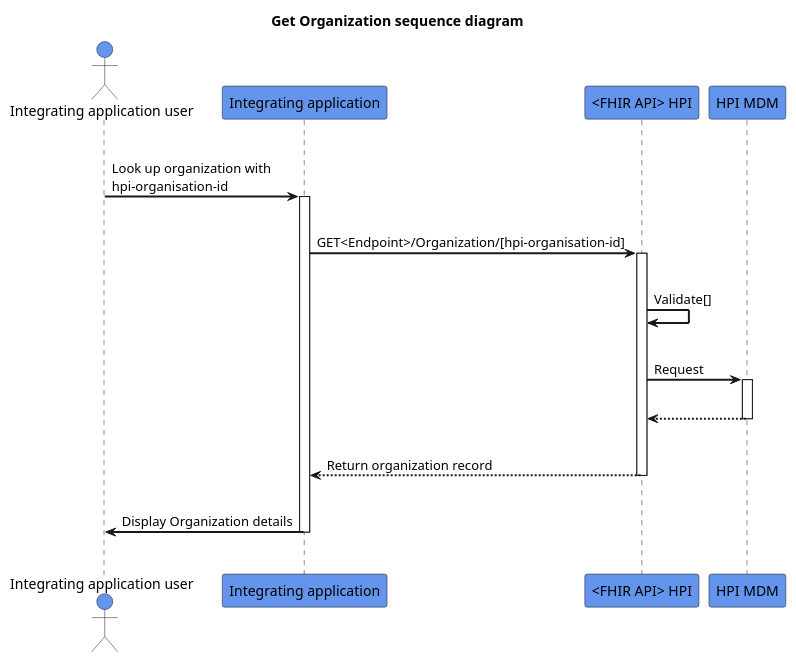
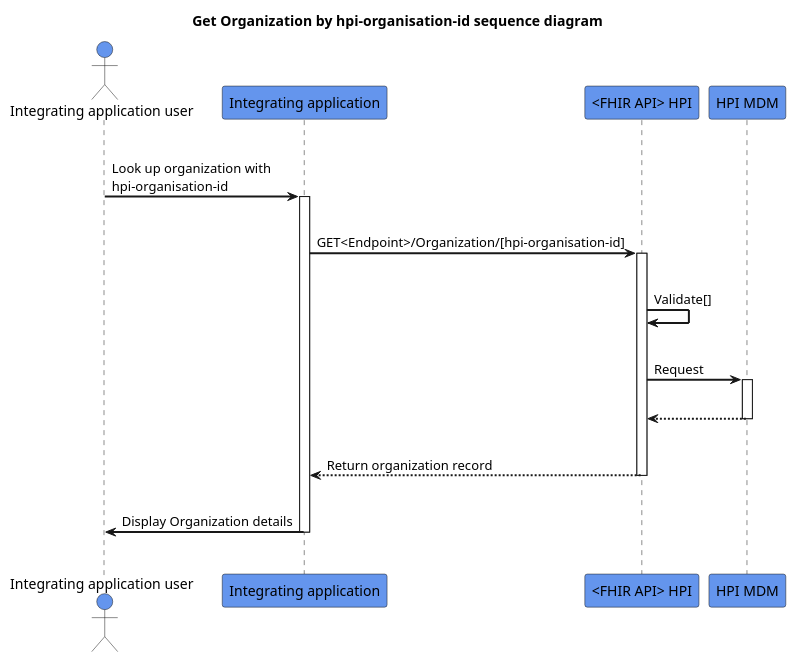
The diagram in input/images-source/get-organisation.plantuml (HL7NZ/hpi), drawn with PlantUML before and after one commit.

```diff
--- a/input/images-source/get-organisation.plantuml
+++ b/input/images-source/get-organisation.plantuml
@@ -1,32 +1,32 @@
 @startuml
 skinparam sequenceArrowThickness 2
 skinparam roundcorner 5
 skinparam maxmessagesize 180
 skinparam sequenceParticipant bold
-title Get Organization sequence diagram
+title Get Organization by hpi-organisation-id sequence diagram
 actor "Integrating application user" as User #CornflowerBlue
 participant "Integrating application" as A #CornflowerBlue
 participant "<FHIR API> HPI" as B #CornflowerBlue
 participant "HPI MDM" as C #CornflowerBlue
 |||
 User -> A: Look up organization with hpi-organisation-id
 activate A
 |||
 A -> B: GET<Endpoint>/Organization/[hpi-organisation-id]
 activate B
 |||
 B -> B: Validate[]
 |||
 B -> C: Request
 activate C
 |||
 C -[dashed]-> B:  
 deactivate C
 |||
 B -[dashed]-> A:Return organization record
 deactivate B
 |||
 A -> User:Display Organization details 
 deactivate A
 |||
 @enduml
```
